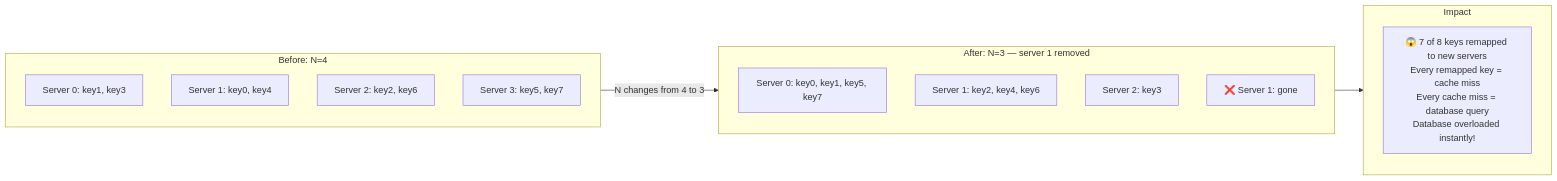
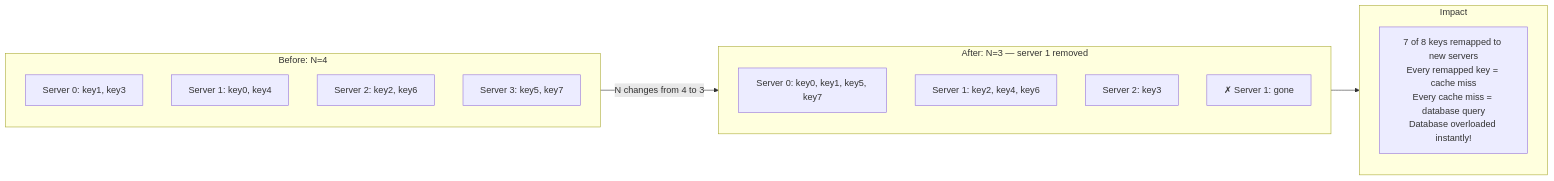
Before and after one commit to devops-monk/system-design-blog: the second of 23 diagrams in content/posts/2026/design-consistent-hashing.md, drawn with Mermaid. The commit also changed other lines of this file and 5 other files, not shown here.

````diff
--- a/content/posts/2026/design-consistent-hashing.md
+++ b/content/posts/2026/design-consistent-hashing.md
@@ -78,25 +78,25 @@
 ```mermaid
 flowchart LR
     subgraph BEFORE["Before: N=4"]
         direction TB
         B0["Server 0: key1, key3"]
         B1["Server 1: key0, key4"]
         B2["Server 2: key2, key6"]
         B3["Server 3: key5, key7"]
     end
 
     subgraph AFTER["After: N=3 — server 1 removed"]
         direction TB
         A0["Server 0: key0, key1, key5, key7"]
         A1["Server 1: key2, key4, key6"]
         A2["Server 2: key3"]
-        A3["❌ Server 1: gone"]
+        A3["✗ Server 1: gone"]
     end
 
     subgraph IMPACT["Impact"]
-        NOTE["😱 7 of 8 keys remapped to new servers\nEvery remapped key = cache miss\nEvery cache miss = database query\nDatabase overloaded instantly!"]
+        NOTE["7 of 8 keys remapped to new servers\nEvery remapped key = cache miss\nEvery cache miss = database query\nDatabase overloaded instantly!"]
     end
 
     BEFORE -->|"N changes from 4 to 3"| AFTER
     AFTER --> IMPACT
 ```
````
